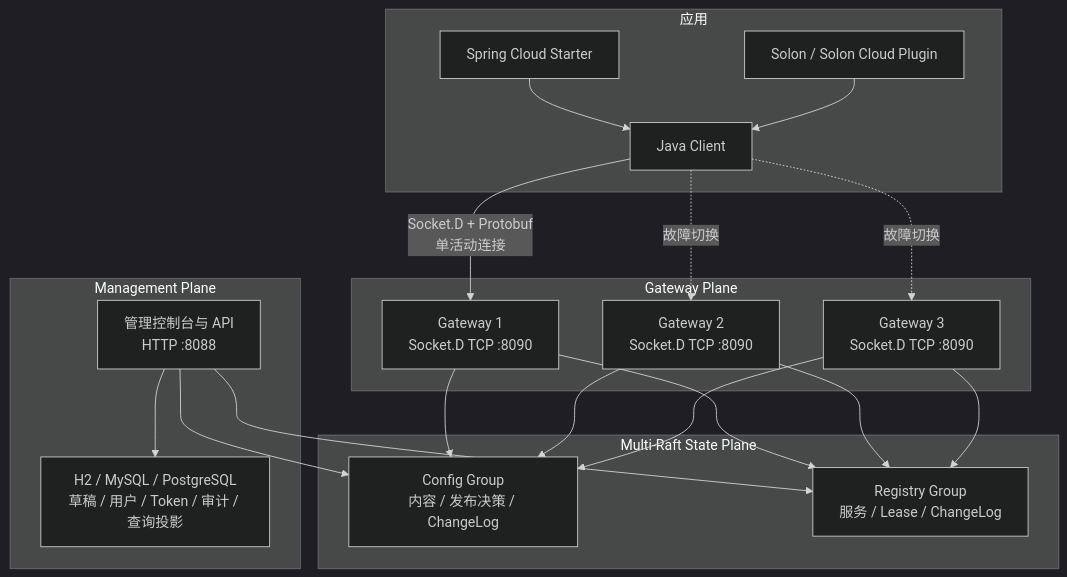
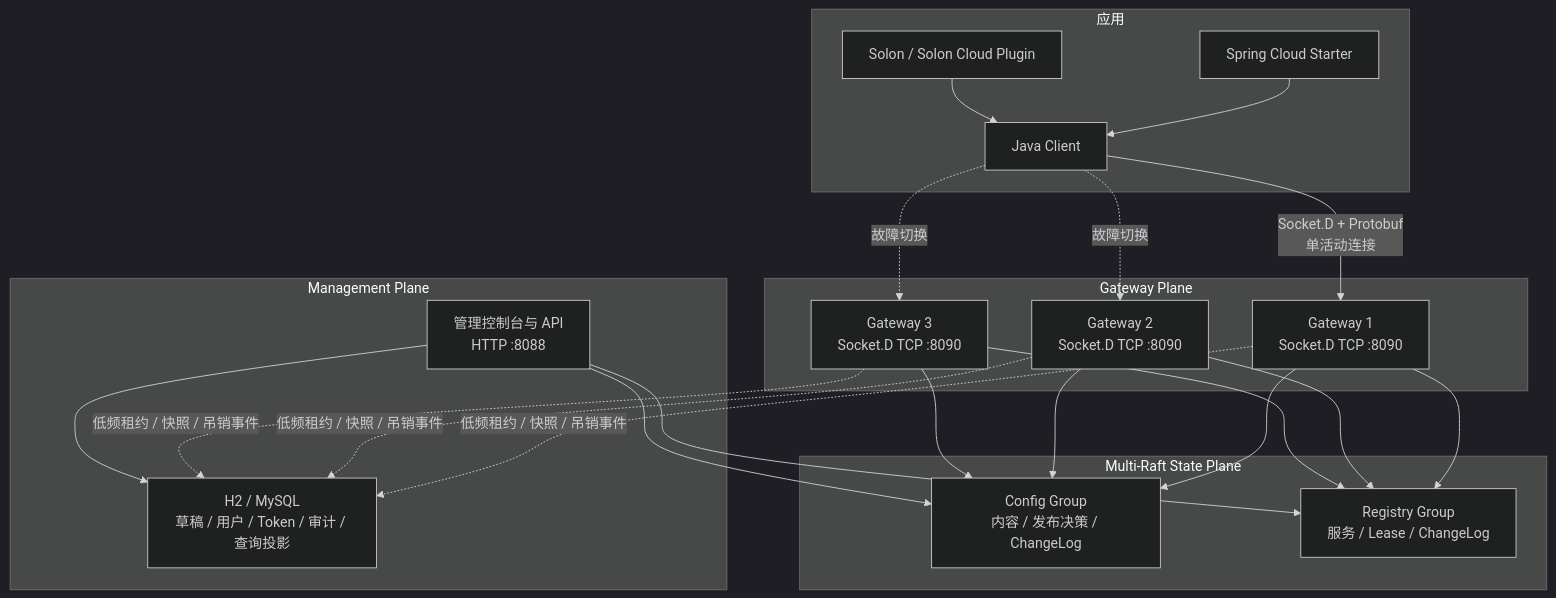
One commit to wang-jianwu/xuantong changed the diagram in README.md. Above: the diagram before and after it, drawn with Mermaid (dark theme). The commit also changed other lines of this file and 304 other files, not shown here.

````diff
--- a/README.md
+++ b/README.md
@@ -48,39 +47,42 @@
 ```mermaid
 flowchart TB
     subgraph APP["应用"]
         SC["Spring Cloud Starter"]
         SO["Solon / Solon Cloud Plugin"]
         JC["Java Client"]
     end
 
     subgraph GW["Gateway Plane"]
         G1["Gateway 1<br/>Socket.D TCP :8090"]
         G2["Gateway 2<br/>Socket.D TCP :8090"]
         G3["Gateway 3<br/>Socket.D TCP :8090"]
     end
 
     subgraph STATE["Multi-Raft State Plane"]
         CONFIG["Config Group<br/>内容 / 发布决策 / ChangeLog"]
         REGISTRY["Registry Group<br/>服务 / Lease / ChangeLog"]
     end
 
     subgraph MGMT["Management Plane"]
         ADMIN["管理控制台与 API<br/>HTTP :8088"]
-        DB["H2 / MySQL / PostgreSQL<br/>草稿 / 用户 / Token / 审计 / 查询投影"]
+        DB["H2 / MySQL<br/>草稿 / 用户 / Token / 审计 / 查询投影"]
     end
 
     SC --> JC
     SO --> JC
     JC -->|"Socket.D + Protobuf<br/>单活动连接"| G1
     JC -.->|"故障切换"| G2
     JC -.->|"故障切换"| G3
     G1 --> CONFIG
     G1 --> REGISTRY
     G2 --> CONFIG
     G2 --> REGISTRY
     G3 --> CONFIG
     G3 --> REGISTRY
+    G1 -.->|"低频租约 / 快照 / 吊销事件"| DB
+    G2 -.->|"低频租约 / 快照 / 吊销事件"| DB
+    G3 -.->|"低频租约 / 快照 / 吊销事件"| DB
     ADMIN --> CONFIG
     ADMIN --> REGISTRY
     ADMIN --> DB
 ```
````
